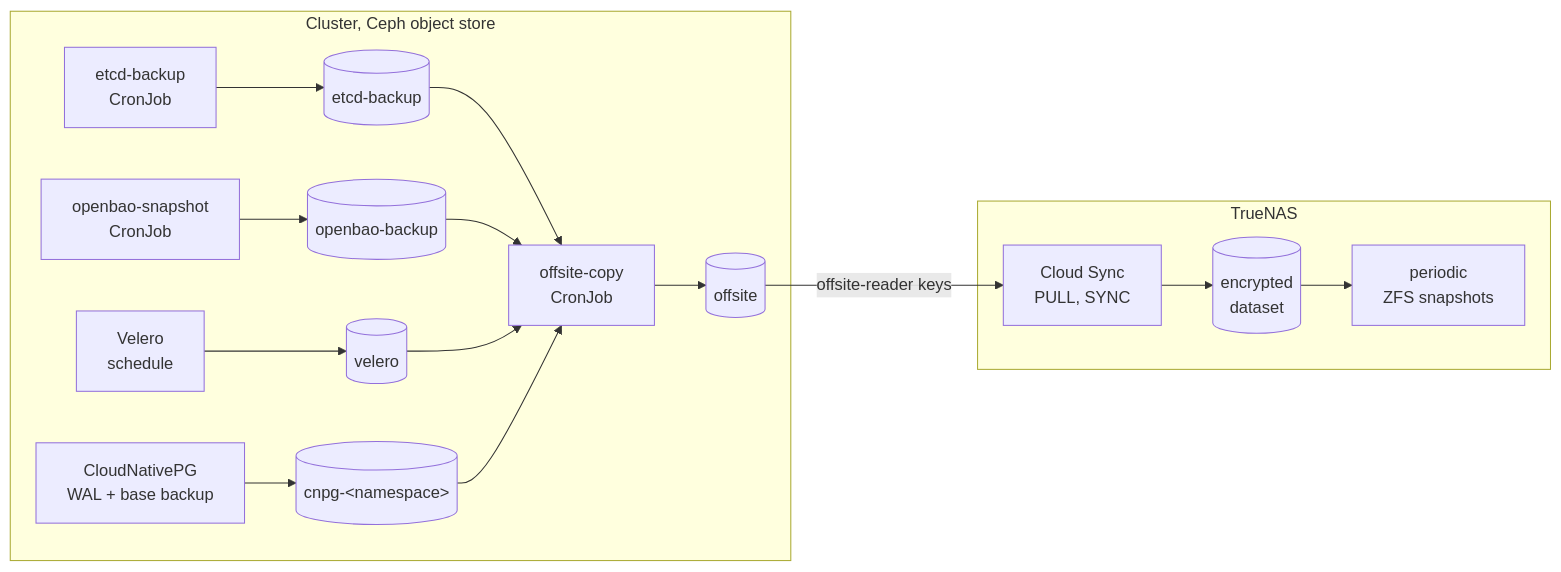
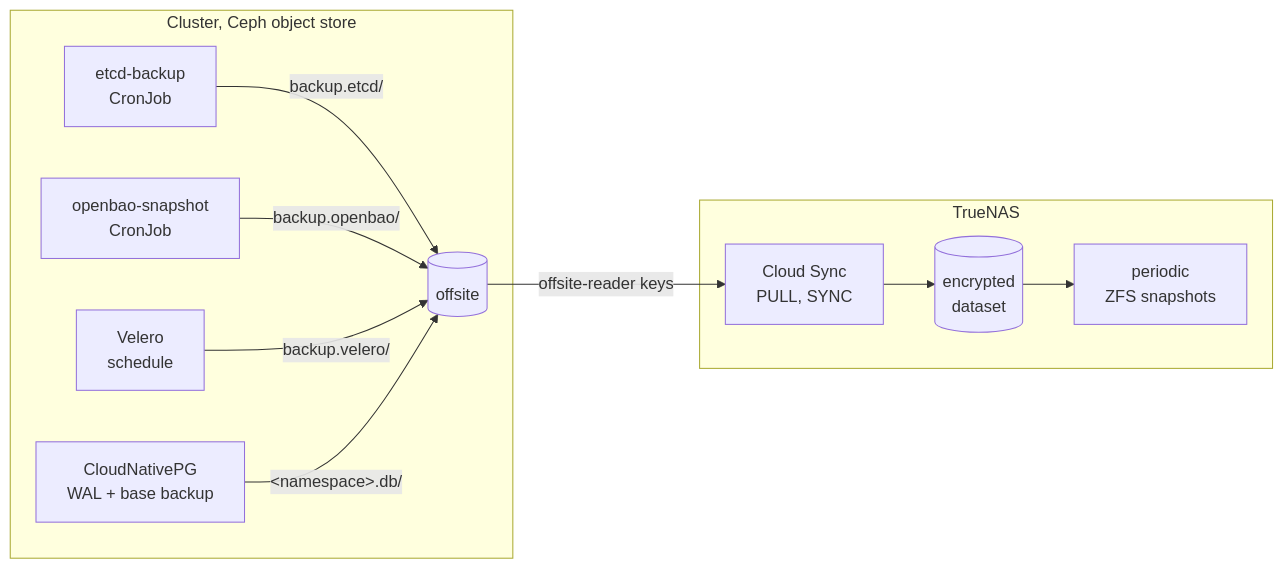
One commit to JanWelker/homelab changed the diagram in docs/operations/backups.md. Above: the diagram before and after it, drawn with Mermaid. The commit also changed other lines of this file and 13 other files, not shown here.

First line of the commit message:
feat(backup): write Velero, etcd, OpenBao and Authentik's database into offsite (#1617)

````diff
--- a/docs/operations/backups.md
+++ b/docs/operations/backups.md
@@ -32,16 +31,15 @@
 ```mermaid
 flowchart LR
     subgraph cluster["Cluster, Ceph object store"]
-        etcd["etcd-backup<br/>CronJob"] --> b_etcd[("etcd-backup")]
-        bao["openbao-snapshot<br/>CronJob"] --> b_bao[("openbao-backup")]
-        velero["Velero<br/>schedule"] --> b_velero[("velero")]
-        cnpg["CloudNativePG<br/>WAL + base backup"] --> b_cnpg[("cnpg-&lt;namespace&gt;")]
-        b_etcd & b_bao & b_velero & b_cnpg --> copy["offsite-copy<br/>CronJob"]
-        copy --> offsite[("offsite")]
+        offsite[("offsite")]
+        etcd["etcd-backup<br/>CronJob"] -->|"backup.etcd/"| offsite
+        bao["openbao-snapshot<br/>CronJob"] -->|"backup.openbao/"| offsite
+        velero["Velero<br/>schedule"] -->|"backup.velero/"| offsite
+        cnpg["CloudNativePG<br/>WAL + base backup"] -->|"&lt;namespace&gt;.db/"| offsite
     end
     subgraph nas["TrueNAS"]
         pull["Cloud Sync<br/>PULL, SYNC"] --> dataset[("encrypted<br/>dataset")]
         dataset --> snaps["periodic<br/>ZFS snapshots"]
     end
     offsite -->|"offsite-reader keys"| pull
 ```
````
